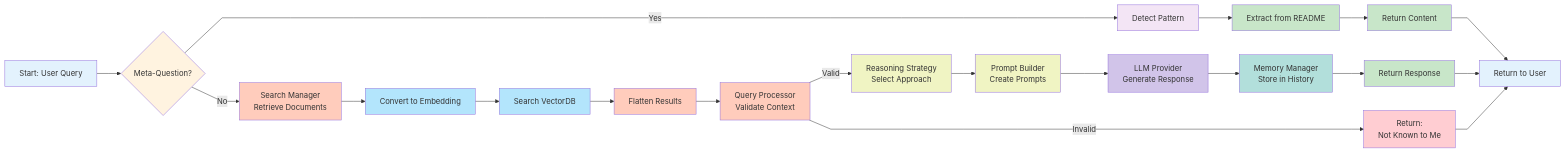
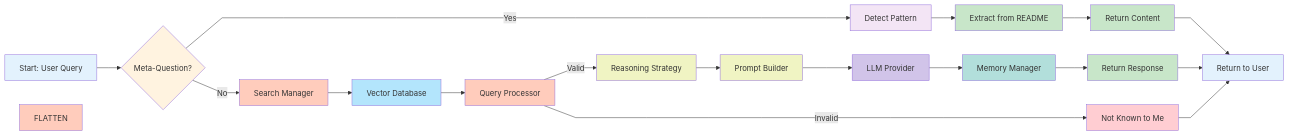
One commit to sonyjtp/rt-aaidc-rag-based-assistant changed the eighth of 8 diagrams in ARCHITECTURE_DIAGRAM.md. Above: the diagram before and after it, drawn with Mermaid. The commit also changed other lines of this file and 58 other files, not shown here.

````diff
--- a/ARCHITECTURE_DIAGRAM.md
+++ b/ARCHITECTURE_DIAGRAM.md
@@ -355,45 +362,42 @@
 ```mermaid
 %%{init: {'flowchart': {'curve': 'linear'}}}%%
 flowchart LR
     START["Start: User Query"] --> META{Meta-Question?}
-    
+
     META -->|Yes| DETECT["Detect Pattern"]
     DETECT --> EXTRACT["Extract from README"]
     EXTRACT --> RETURN1["Return Content"]
     RETURN1 --> END["Return to User"]
-    
-    META -->|No| SEARCH["Search Manager<br/>Retrieve Documents"]
-    SEARCH --> EMBED["Convert to Embedding"]
-    EMBED --> VDB["Search VectorDB"]
-    VDB --> FLATTEN["Flatten Results"]
-    FLATTEN --> VALIDATE["Query Processor<br/>Validate Context"]
-    
-    VALIDATE -->|Valid| REASON["Reasoning Strategy<br/>Select Approach"]
-    VALIDATE -->|Invalid| NOTKNOWN["Return:<br/>Not Known to Me"]
-    
-    REASON --> PROMPT["Prompt Builder<br/>Create Prompts"]
-    PROMPT --> LLM["LLM Provider<br/>Generate Response"]
-    LLM --> MEMORY["Memory Manager<br/>Store in History"]
+
+    META -->|No| SEARCH["Search Manager"]
+    SEARCH --> VDB["Vector Database"]
+    VDB --> VALIDATE["Query Processor"]
+
+    VALIDATE -->|Valid| REASON["Reasoning Strategy"]
+    VALIDATE -->|Invalid| NOTKNOWN["Not Known to Me"]
+
+    REASON --> PROMPT["Prompt Builder"]
+    PROMPT --> LLM["LLM Provider"]
+    LLM --> MEMORY["Memory Manager"]
     MEMORY --> RETURN2["Return Response"]
     RETURN2 --> END
-    
+
     NOTKNOWN --> END
-    
+
     style START fill:#e3f2fd
     style META fill:#fff3e0
     style DETECT fill:#f3e5f5
     style EXTRACT fill:#c8e6c9
     style RETURN1 fill:#c8e6c9
     style SEARCH fill:#ffccbc
-    style EMBED fill:#b3e5fc
     style VDB fill:#b3e5fc
     style FLATTEN fill:#ffccbc
     style VALIDATE fill:#ffccbc
     style REASON fill:#f0f4c3
     style PROMPT fill:#f0f4c3
     style LLM fill:#d1c4e9
     style MEMORY fill:#b2dfdb
     style RETURN2 fill:#c8e6c9
     style NOTKNOWN fill:#ffcdd2
     style END fill:#e3f2fd
 ```
````
